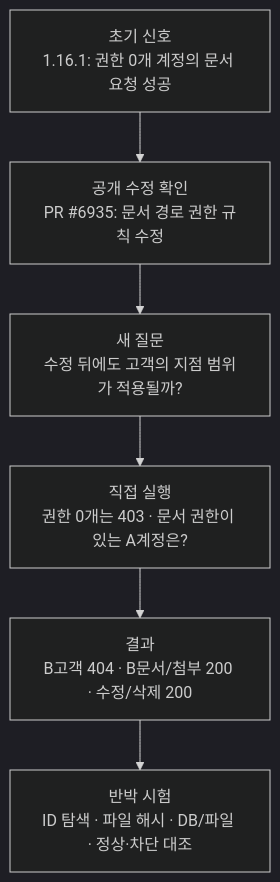
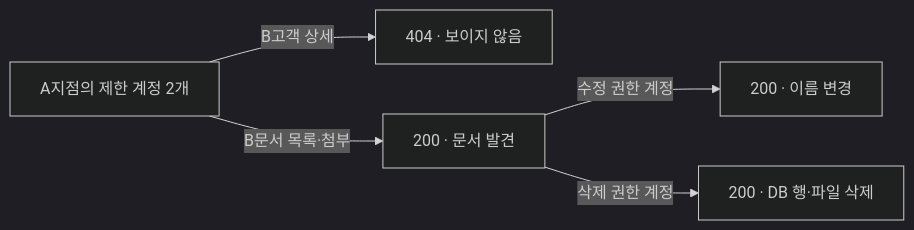
Before and after one commit to ronaldo-or-not/fineract-document-office-authorization-2026: the diagram in README.md, drawn with Mermaid (dark theme). The commit also changed other lines of this file, not shown here.

Commit message:
Put verified result and direct evidence at top of README

````diff
--- a/README.md
+++ b/README.md
@@ -17,8 +7,7 @@
 ```mermaid
-flowchart TD
-    A["초기 신호<br/>1.16.1: 권한 0개 계정의 문서 요청 성공"] --> B["공개 수정 확인<br/>PR #6935: 문서 경로 권한 규칙 수정"]
-    B --> C["새 질문<br/>수정 뒤에도 고객의 지점 범위가 적용될까?"]
-    C --> D["직접 실행<br/>권한 0개는 403 · 문서 권한이 있는 A계정은?"]
-    D --> E["결과<br/>B고객 404 · B문서/첨부 200 · 수정/삭제 200"]
-    E --> F["반박 시험<br/>ID 탐색 · 파일 해시 · DB/파일 · 정상·차단 대조"]
+flowchart LR
+    A["A지점의 제한 계정 2개"] -->|B고객 상세| B["404 · 보이지 않음"]
+    A -->|B문서 목록·첨부| C["200 · 문서 발견"]
+    C -->|수정 권한 계정| D["200 · 이름 변경"]
+    C -->|삭제 권한 계정| E["200 · DB 행·파일 삭제"]
 ```
````
